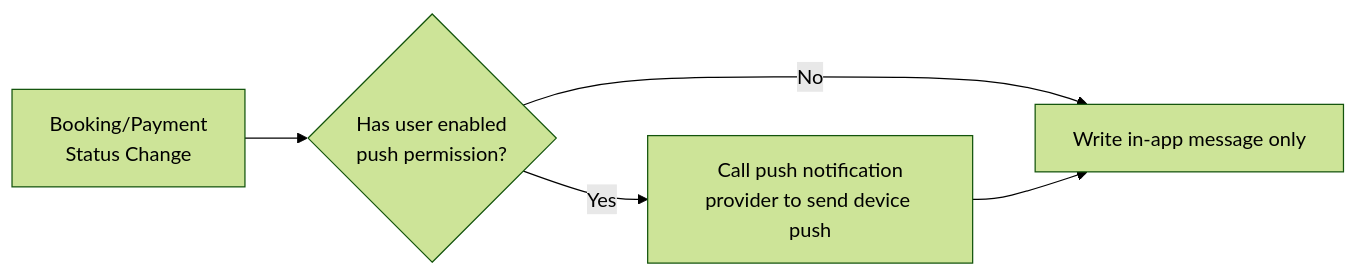
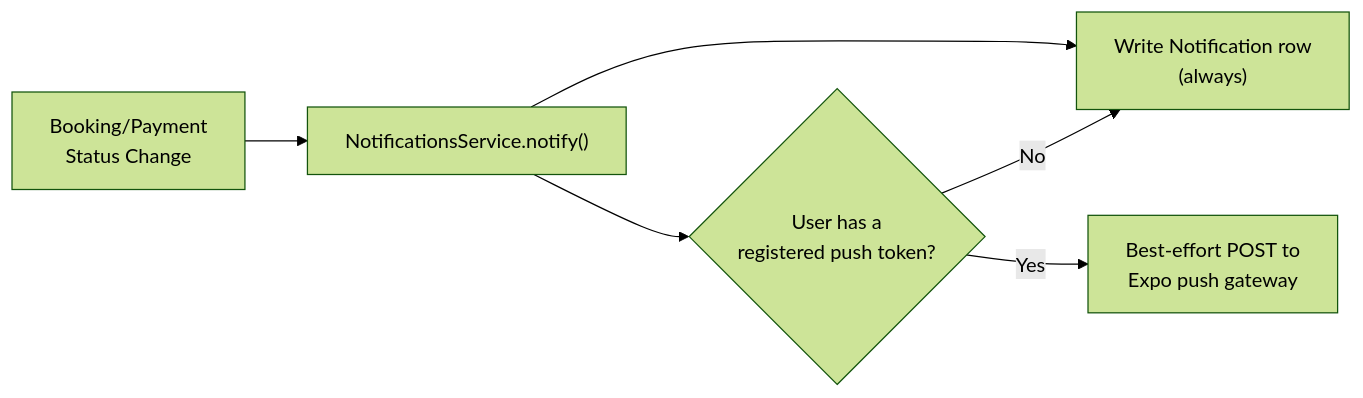
Before and after one commit to xiyunliu610/yt-paws-platform: the sixth of 7 diagrams in docs/03_System_Architecture.md, drawn with Mermaid (forest theme). The commit also changed other lines of this file and 1 other file, not shown here.

First line of the commit message:
docs: sync PRD and architecture docs with payments/notifications work

````diff
--- a/docs/03_System_Architecture.md
+++ b/docs/03_System_Architecture.md
@@ -318,7 +343,8 @@
 ```mermaid
 flowchart LR
-    A["Booking/Payment<br/>Status Change"] --> B{"Has user enabled<br/>push permission?"}
-    B -- Yes --> C["Call push notification<br/>provider to send device push"]
-    B -- No --> D["Write in-app message only"]
-    C --> D
+    A["Booking/Payment<br/>Status Change"] --> N["NotificationsService.notify()"]
+    N --> R["Write Notification row<br/>(always)"]
+    N --> T{"User has a<br/>registered push token?"}
+    T -- Yes --> P["Best-effort POST to<br/>Expo push gateway"]
+    T -- No --> R
 ```
````
